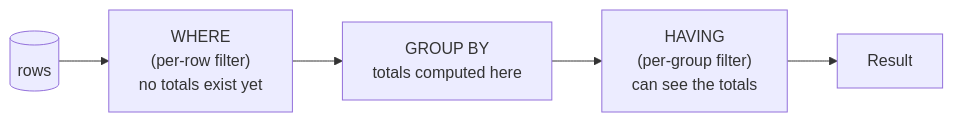
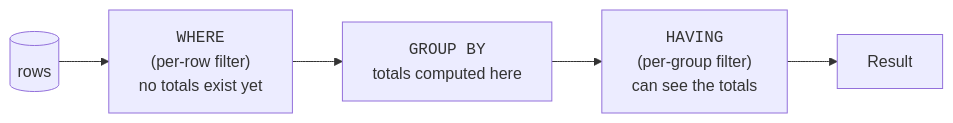
The diagram in content/learn/intro-sql-postgres/filtering-groups.mdx (dataslope/dataslope), drawn with Mermaid before and after one commit. The commit also changed 56 other files, not shown here.

````diff
--- a/content/learn/intro-sql-postgres/filtering-groups.mdx
+++ b/content/learn/intro-sql-postgres/filtering-groups.mdx
@@ -19,7 +19,7 @@
 ```mermaid
 flowchart LR
-    T[("rows")] --> W["WHERE<br/>(per-row filter)<br/>no totals exist yet"]
-    W --> G["GROUP BY<br/>totals computed here"]
-    G --> H["HAVING<br/>(per-group filter)<br/>can see the totals"]
+    T[("rows")] --> W["<code>WHERE</code><br/>(per-row filter)<br/>no totals exist yet"]
+    W --> G["<code>GROUP BY</code><br/>totals computed here"]
+    G --> H["<code>HAVING</code><br/>(per-group filter)<br/>can see the totals"]
     H --> R["Result"]
 ```
````
